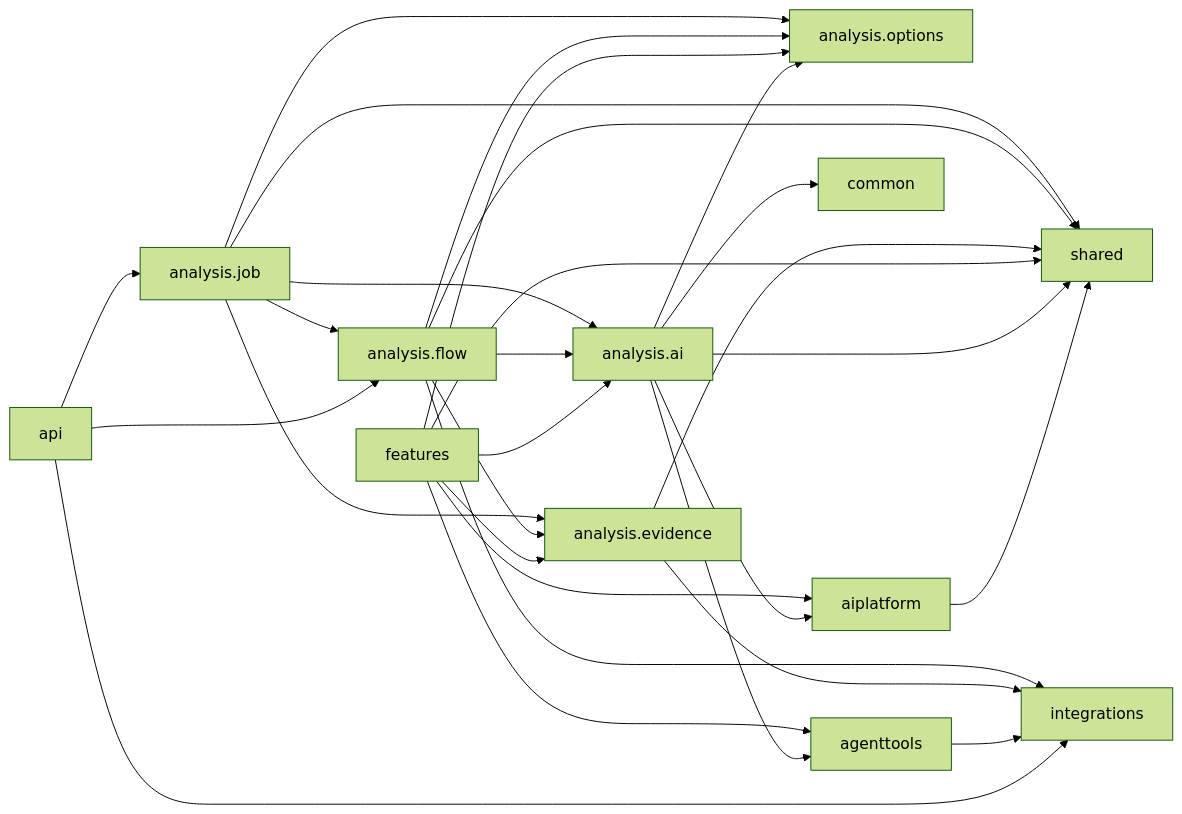
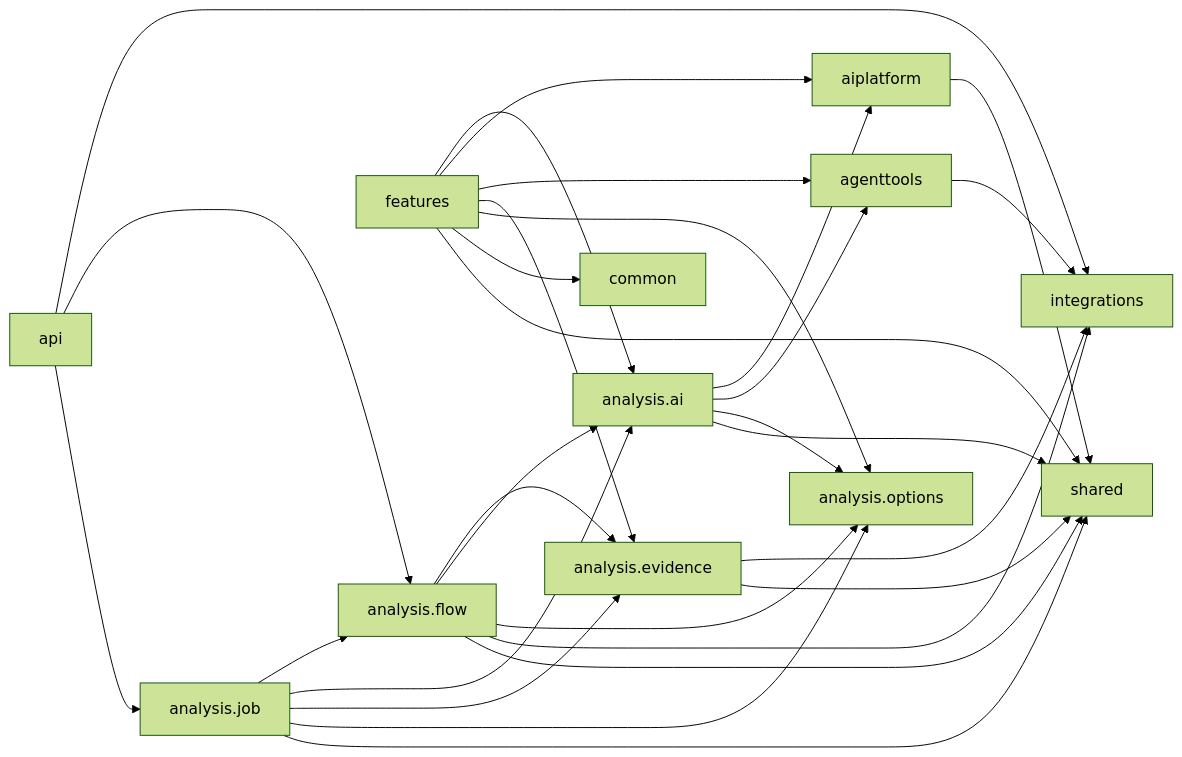
The second of 2 diagrams in docs/architecture/05-package-dependencies.md (herald-assistant/incident-tracker), drawn with Mermaid (forest theme) before and after one commit. The commit also changed other lines of this file and 19 other files, not shown here.

````diff
--- a/docs/architecture/05-package-dependencies.md
+++ b/docs/architecture/05-package-dependencies.md
@@ -137,38 +137,38 @@
 ```mermaid
 flowchart LR
     JOB["analysis.job"] --> FLOW["analysis.flow"]
     JOB --> AI["analysis.ai"]
     JOB --> EVIDENCE["analysis.evidence"]
     JOB --> OPTIONS["analysis.options"]
     JOB --> SHARED["shared"]
 
     FLOW --> EVIDENCE
     FLOW --> AI
     FLOW --> OPTIONS
     FLOW --> INTEGRATIONS["integrations"]
     FLOW --> SHARED
 
     EVIDENCE --> INTEGRATIONS["integrations"]
     EVIDENCE --> SHARED
 
     FEATURES["features"] --> AI
     FEATURES --> AIPLATFORM["aiplatform"]
     FEATURES --> AGENTTOOLS["agenttools"]
     FEATURES --> EVIDENCE
     FEATURES --> OPTIONS
+    FEATURES --> COMMON["common"]
     FEATURES --> SHARED
 
     AI --> AIPLATFORM["aiplatform"]
     AI --> AGENTTOOLS["agenttools"]
     AI --> OPTIONS
-    AI --> COMMON["common"]
     AI --> SHARED
 
     AIPLATFORM --> SHARED
 
     AGENTTOOLS --> INTEGRATIONS
 
     API["api"] --> INTEGRATIONS
     API --> FLOW
     API --> JOB
 ```
````
